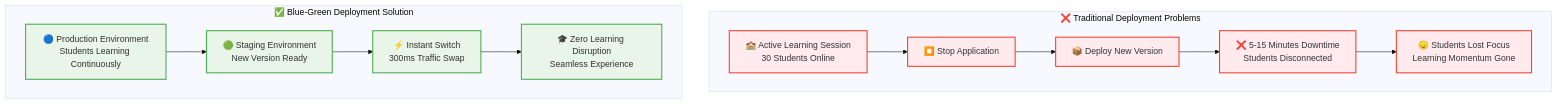
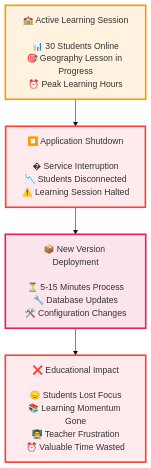
Before and after one commit to victorsaly/WorldLeadersGame: the first of 5 diagrams in docs/_posts/2025-08-08-zero-downtime-blue-green-deployment-educational-platforms.md, drawn with Mermaid (base theme). The commit also changed other lines of this file, not shown here.

Commit message:
📊 Enhance Mermaid diagrams for traditional vs blue-green deployment comparison

````diff
--- a/docs/_posts/2025-08-08-zero-downtime-blue-green-deployment-educational-platforms.md
+++ b/docs/_posts/2025-08-08-zero-downtime-blue-green-deployment-educational-platforms.md
@@ -63,27 +65,15 @@
 ```mermaid
-graph TB
-    subgraph "❌ Traditional Deployment Problems"
-        T1[🏫 Active Learning Session<br/>30 Students Online]
-        T2[⏹️ Stop Application]
-        T3[📦 Deploy New Version]
-        T4[❌ 5-15 Minutes Downtime<br/>Students Disconnected]
-        T5[😞 Students Lost Focus<br/>Learning Momentum Gone]
-        
-        T1 --> T2 --> T3 --> T4 --> T5
-    end
+graph TD
+    A[🏫 Active Learning Session<br/><br/>📊 30 Students Online<br/>🎯 Geography Lesson in Progress<br/>⏰ Peak Learning Hours] 
     
-    subgraph "✅ Blue-Green Deployment Solution"
-        B1[🔵 Production Environment<br/>Students Learning Continuously]
-        B2[🟢 Staging Environment<br/>New Version Ready]
-        B3[⚡ Instant Switch<br/>300ms Traffic Swap]
-        B4[🎓 Zero Learning Disruption<br/>Seamless Experience]
-        
-        B1 --> B2 --> B3 --> B4
-    end
+    A --> B[⏹️ Application Shutdown<br/><br/>� Service Interruption<br/>📉 Students Disconnected<br/>⚠️ Learning Session Halted]
     
-    classDef traditional fill:#ffebee,stroke:#f44336,stroke-width:2px
-    classDef bluegreen fill:#e8f5e8,stroke:#4caf50,stroke-width:2px
+    B --> C[📦 New Version Deployment<br/><br/>⏳ 5-15 Minutes Process<br/>🔧 Database Updates<br/>🛠️ Configuration Changes]
     
-    class T1,T2,T3,T4,T5 traditional
-    class B1,B2,B3,B4 bluegreen
+    C --> D[❌ Educational Impact<br/><br/>😞 Students Lost Focus<br/>📚 Learning Momentum Gone<br/>👨‍🏫 Teacher Frustration<br/>⏰ Valuable Time Wasted]
+    
+    style A fill:#fff3e0,stroke:#ff9800,stroke-width:3px
+    style B fill:#ffebee,stroke:#f44336,stroke-width:3px
+    style C fill:#fce4ec,stroke:#e91e63,stroke-width:3px
+    style D fill:#ffebee,stroke:#f44336,stroke-width:3px
 ```
````
